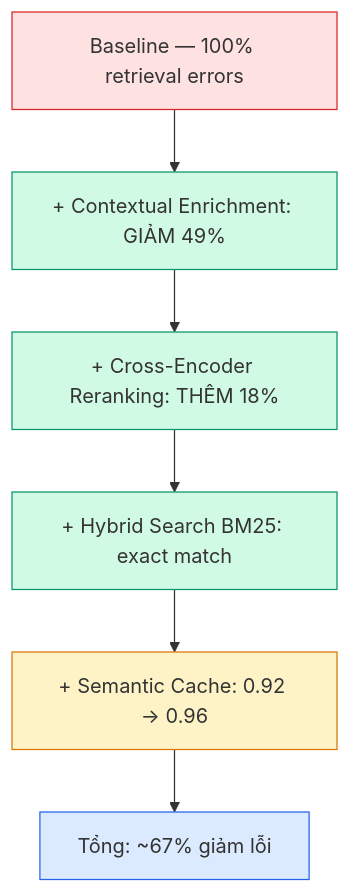
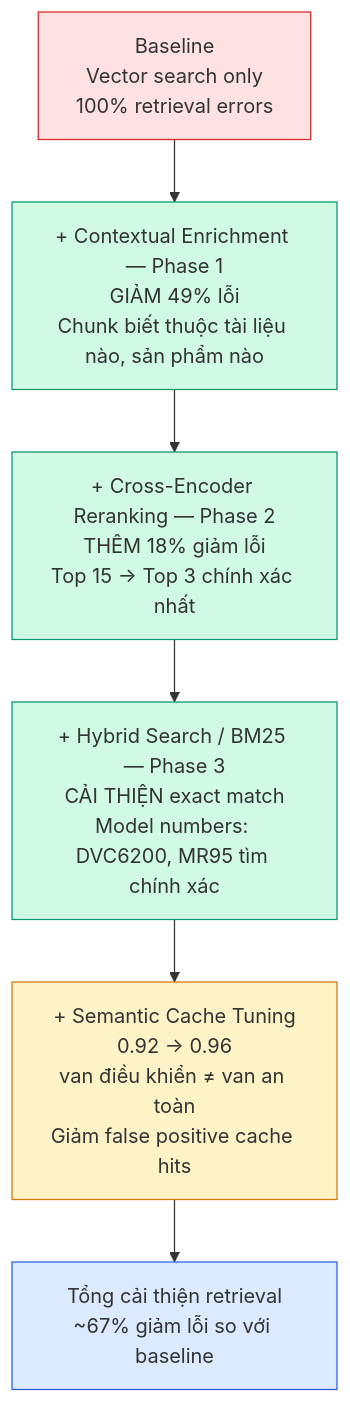
One commit to truongvinhkhuong/tdh-tte changed diagram 12 of 15 in docs/ai-engine/rag-architecture.md. Above: the diagram before and after it, drawn with Mermaid. The commit also changed other lines of this file and 1 other file, not shown here.

````diff
--- a/docs/ai-engine/rag-architecture.md
+++ b/docs/ai-engine/rag-architecture.md
@@ -405,18 +459,23 @@
 ```mermaid
 graph TD
-    BL["Baseline — 100% retrieval errors"]
-    CE["+ Contextual Enrichment: GIẢM 49%"]
-    RR["+ Cross-Encoder Reranking: THÊM 18%"]
-    HS["+ Hybrid Search BM25: exact match"]
-    SC["+ Semantic Cache: 0.92 → 0.96"]
-    TOTAL["Tổng: ~67% giảm lỗi"]
+    BL["Baseline\nVector search only\n100% retrieval errors"]
+
+    CE["+ Contextual Enrichment — Phase 1\nGIẢM 49% lỗi\nChunk biết thuộc tài liệu nào, sản phẩm nào"]
+
+    RR["+ Cross-Encoder Reranking — Phase 2\nTHÊM 18% giảm lỗi\nTop 15 → Top 3 chính xác nhất"]
+
+    HS["+ Hybrid Search / BM25 — Phase 3\nCẢI THIỆN exact match\nModel numbers: DVC6200, MR95 tìm chính xác"]
+
+    SC["+ Semantic Cache Tuning\n0.92 → 0.96\nvan điều khiển ≠ van an toàn\nGiảm false positive cache hits"]
+
+    TOTAL["Tổng cải thiện retrieval\n~67% giảm lỗi so với baseline"]
 
     BL --> CE --> RR --> HS --> SC --> TOTAL
 
     style BL fill:#fee2e2,stroke:#dc2626
     style CE fill:#d1fae5,stroke:#059669
     style RR fill:#d1fae5,stroke:#059669
     style HS fill:#d1fae5,stroke:#059669
     style SC fill:#fef3c7,stroke:#d97706
     style TOTAL fill:#dbeafe,stroke:#2563eb
 ```
````
